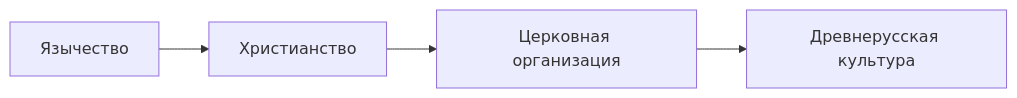
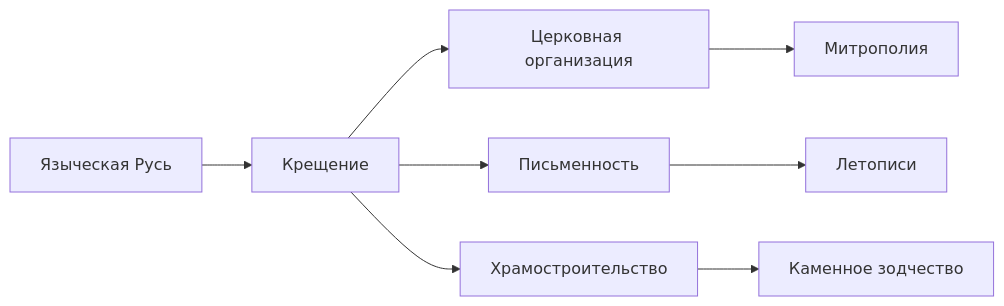
Before and after one commit to Artmotor/history-kirche-book: the diagram in content/02-kreschenie.md, drawn with Mermaid. The commit also changed other lines of this file and 1 other file, not shown here.

````diff
--- a/content/02-kreschenie.md
+++ b/content/02-kreschenie.md
@@ -30,6 +51,10 @@
 ```mermaid
 graph LR
-A[Язычество] --> B[Христианство]
+A[Языческая Русь] --> B[Крещение]
 B --> C[Церковная организация]
-C --> D[Древнерусская культура]
+B --> D[Письменность]
+B --> E[Храмостроительство]
+C --> F[Митрополия]
+D --> G[Летописи]
+E --> H[Каменное зодчество]
 ```
````
